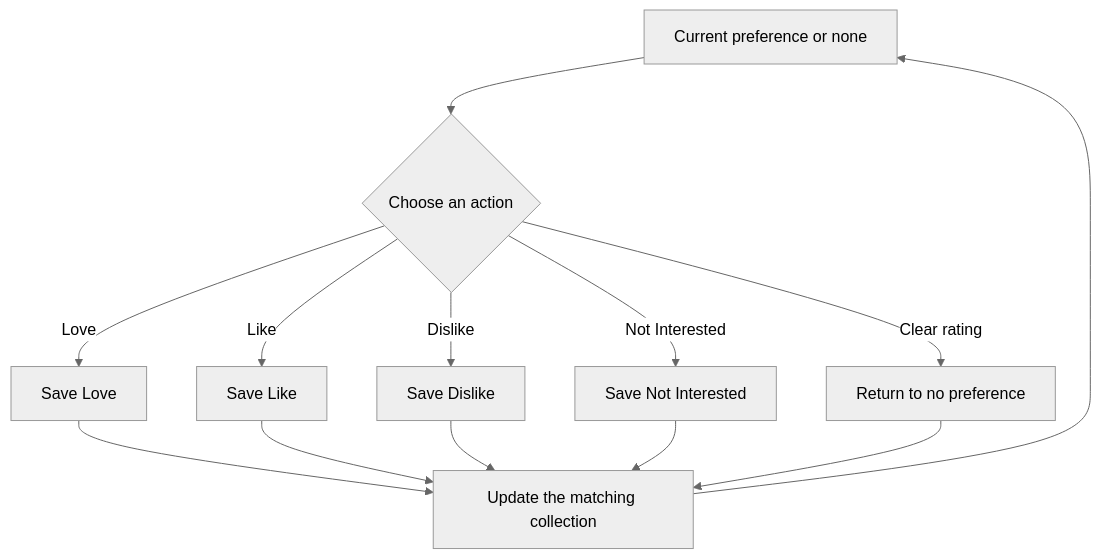
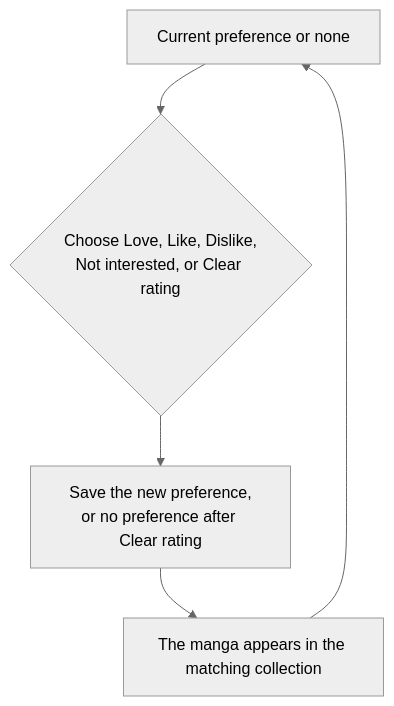
One commit to FancyCorey/komikku-fc changed the first of 5 diagrams in docs/kmk/feature-guides/ratings.md. Above: the diagram before and after it, drawn with Mermaid (neutral theme). The commit also changed other lines of this file and 93 other files, not shown here.

````diff
--- a/docs/kmk/feature-guides/ratings.md
+++ b/docs/kmk/feature-guides/ratings.md
@@ -69,15 +87,7 @@
 ```mermaid
 flowchart TD
-    Current["Current preference or none"] --> Action{"Choose an action"}
-    Action -->|Love| Love["Save Love"]
-    Action -->|Like| Like["Save Like"]
-    Action -->|Dislike| Dislike["Save Dislike"]
-    Action -->|Not Interested| NotInterested["Save Not Interested"]
-    Action -->|Clear rating| Neutral["Return to no preference"]
-    Love --> Updated["Update the matching collection"]
-    Like --> Updated
-    Dislike --> Updated
-    NotInterested --> Updated
-    Neutral --> Updated
+    Current["Current preference or none"] --> Action{"Choose Love, Like, Dislike,<br/>Not interested, or Clear rating"}
+    Action --> Save["Save the new preference,<br/>or no preference after Clear rating"]
+    Save --> Updated["The manga appears in the matching collection"]
     Updated --> Current
 ```
````
